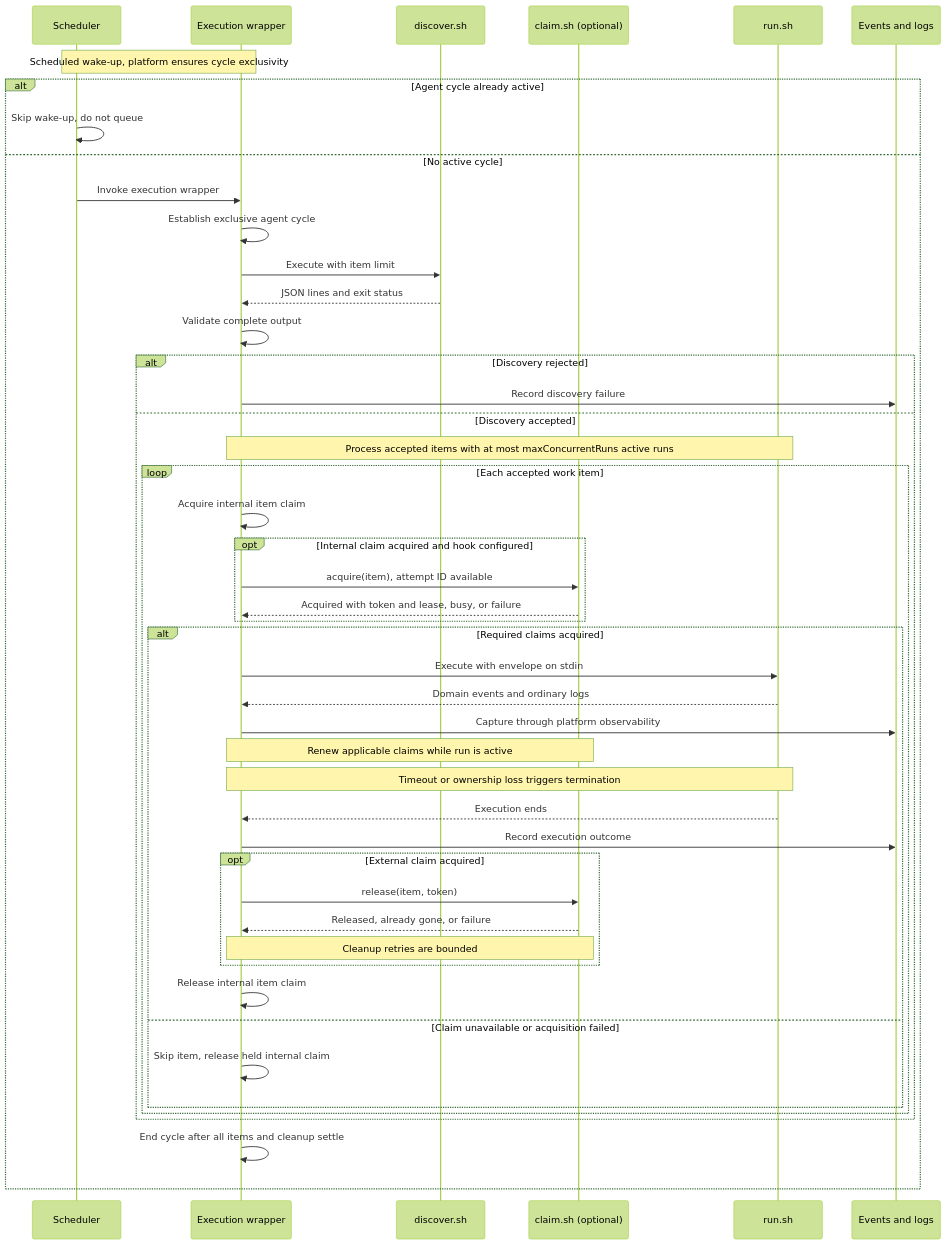
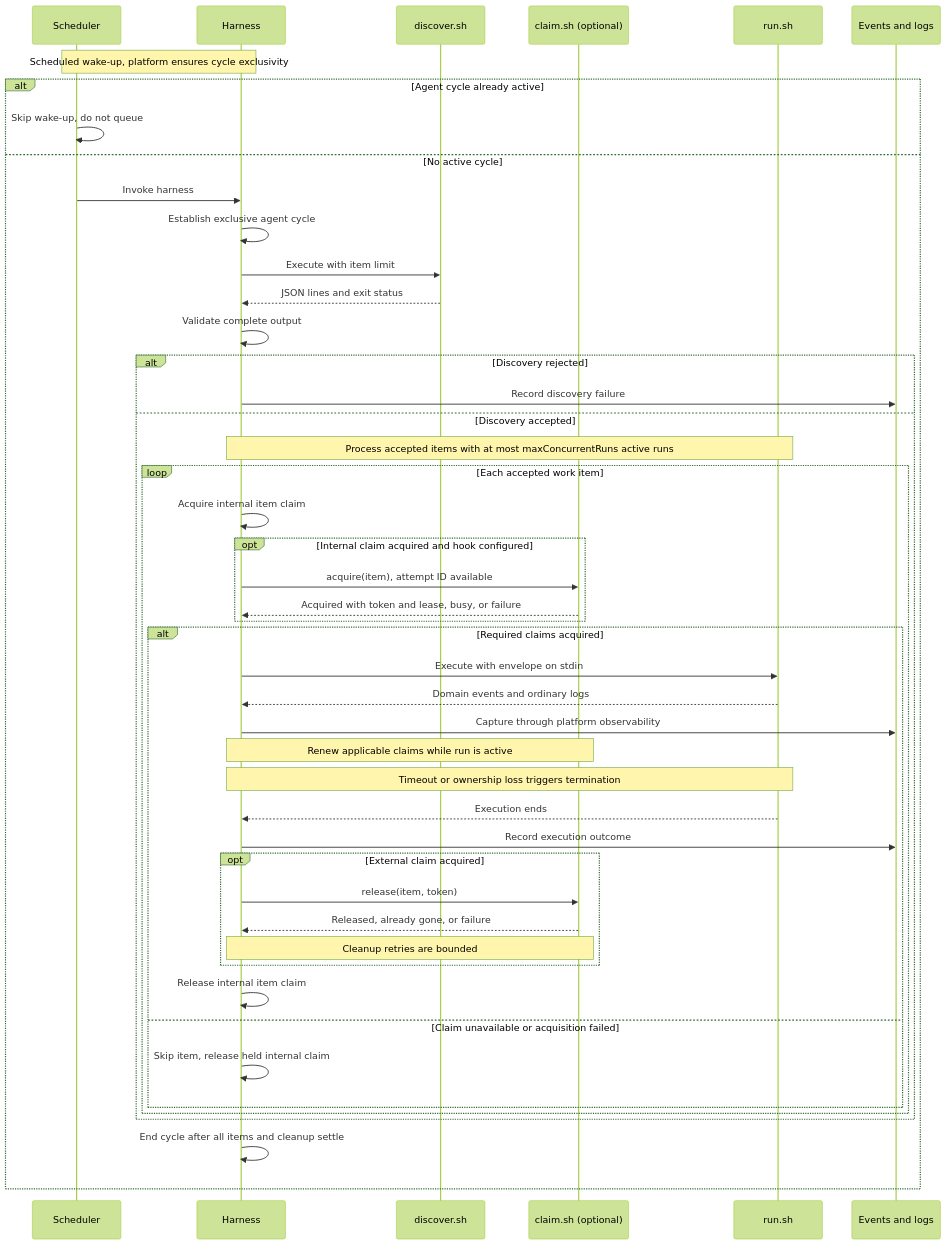
One commit to elsell/agent-execution-spec changed the diagram in src/content/docs/sequence.md. Above: the diagram before and after it, drawn with Mermaid (forest theme). The commit also changed other lines of this file and 3 other files, not shown here.

Commit message:
Use harness consistently for the platform execution component

````diff
--- a/src/content/docs/sequence.md
+++ b/src/content/docs/sequence.md
@@ -8,52 +8,52 @@
 ```mermaid
 sequenceDiagram
     participant S as Scheduler
-    participant P as Execution wrapper
+    participant P as Harness
     participant D as discover.sh
     participant C as claim.sh (optional)
     participant R as run.sh
     participant O as Events and logs
 
     Note over S,P: Scheduled wake-up, platform ensures cycle exclusivity
     alt Agent cycle already active
         S->>S: Skip wake-up, do not queue
     else No active cycle
-        S->>P: Invoke execution wrapper
+        S->>P: Invoke harness
         P->>P: Establish exclusive agent cycle
         P->>D: Execute with item limit
         D-->>P: JSON lines and exit status
         P->>P: Validate complete output
 
         alt Discovery rejected
             P->>O: Record discovery failure
         else Discovery accepted
             Note over P,R: Process accepted items with at most maxConcurrentRuns active runs
             loop Each accepted work item
                 P->>P: Acquire internal item claim
                 opt Internal claim acquired and hook configured
                     P->>C: acquire(item), attempt ID available
                     C-->>P: Acquired with token and lease, busy, or failure
                 end
 
                 alt Required claims acquired
                     P->>R: Execute with envelope on stdin
                     R-->>P: Domain events and ordinary logs
                     P->>O: Capture through platform observability
                     Note over P,C: Renew applicable claims while run is active
                     Note over P,R: Timeout or ownership loss triggers termination
                     R-->>P: Execution ends
                     P->>O: Record execution outcome
                     opt External claim acquired
                         P->>C: release(item, token)
                         C-->>P: Released, already gone, or failure
                         Note over P,C: Cleanup retries are bounded
                     end
                     P->>P: Release internal item claim
                 else Claim unavailable or acquisition failed
                     P->>P: Skip item, release held internal claim
                 end
             end
         end
         P->>P: End cycle after all items and cleanup settle
     end
 ```
````
